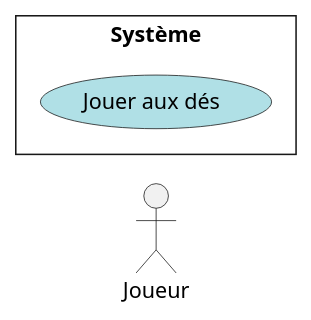
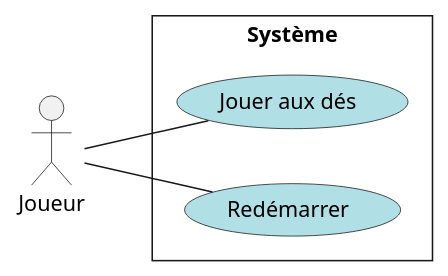
Before and after one commit to cc-probitaille/laboratoire-0-Bxssil: the diagram in docs/modeles/dcu.puml, drawn with PlantUML.

Commit message:
ajout du cas redémarrer

```diff
--- a/docs/modeles/dcu.puml
+++ b/docs/modeles/dcu.puml
@@ -1,12 +1,14 @@
 @startuml Diagramme de cas d'utilisation
 left to right direction
 skinparam style strictuml
 skinparam packageStyle rect
 skinparam backgroundcolor transparent
 skinparam defaultfontname Verdana
 actor Joueur as J
 rectangle "Système" {
   (Jouer aux dés) as JP #powderblue
-
+  (Redémarrer) as R #powderblue
+  J -- JP
+  J -- R
 }
 @enduml
```
